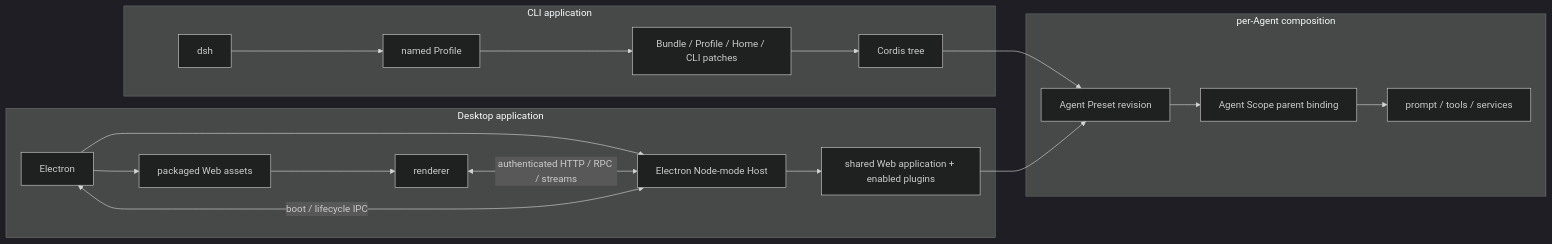
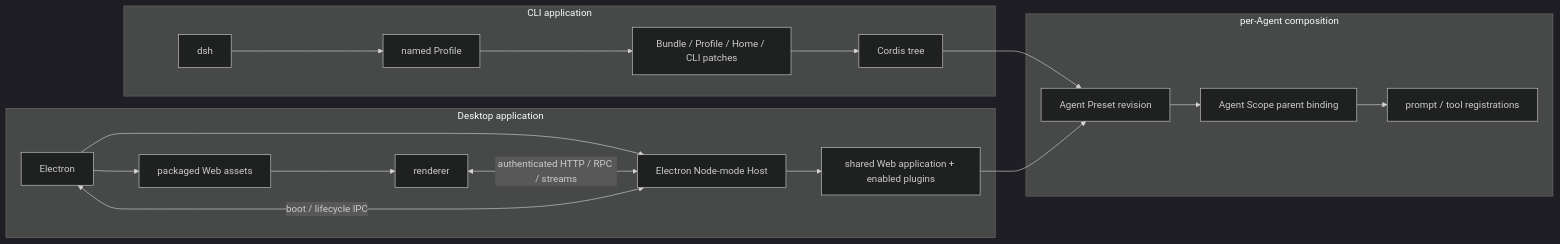
One commit to yang0228/deepseek-harness-analysis changed the first of 2 diagrams in docs/02-architecture.md. Above: the diagram before and after it, drawn with Mermaid (dark theme). The commit also changed other lines of this file and 6 other files, not shown here.

Commit message:
docs: revise core architecture and agent migration guidance

````diff
--- a/docs/02-architecture.md
+++ b/docs/02-architecture.md
@@ -37,17 +37,17 @@
 ```mermaid
 flowchart LR
   subgraph CLI["CLI application"]
     DSH["dsh"] --> Profile["named Profile"] --> Layers["Bundle / Profile / Home / CLI patches"] --> Tree["Cordis tree"]
   end
   subgraph Desktop["Desktop application"]
     Electron["Electron"] --> Node["Electron Node-mode Host"] --> DesktopTree["shared Web application + enabled plugins"]
     Node <-->|"boot / lifecycle IPC"| Electron
     Electron --> Protocol["packaged Web assets"] --> Renderer["renderer"]
     Renderer <-->|"authenticated HTTP / RPC / streams"| Node
   end
   subgraph Agent["per-Agent composition"]
-    Preset["Agent Preset revision"] --> Scope["Agent Scope parent binding"] --> Capabilities["prompt / tools / services"]
+    Preset["Agent Preset revision"] --> Scope["Agent Scope parent binding"] --> Capabilities["prompt / tool registrations"]
   end
   Tree --> Preset
   DesktopTree --> Preset
 ```
````
